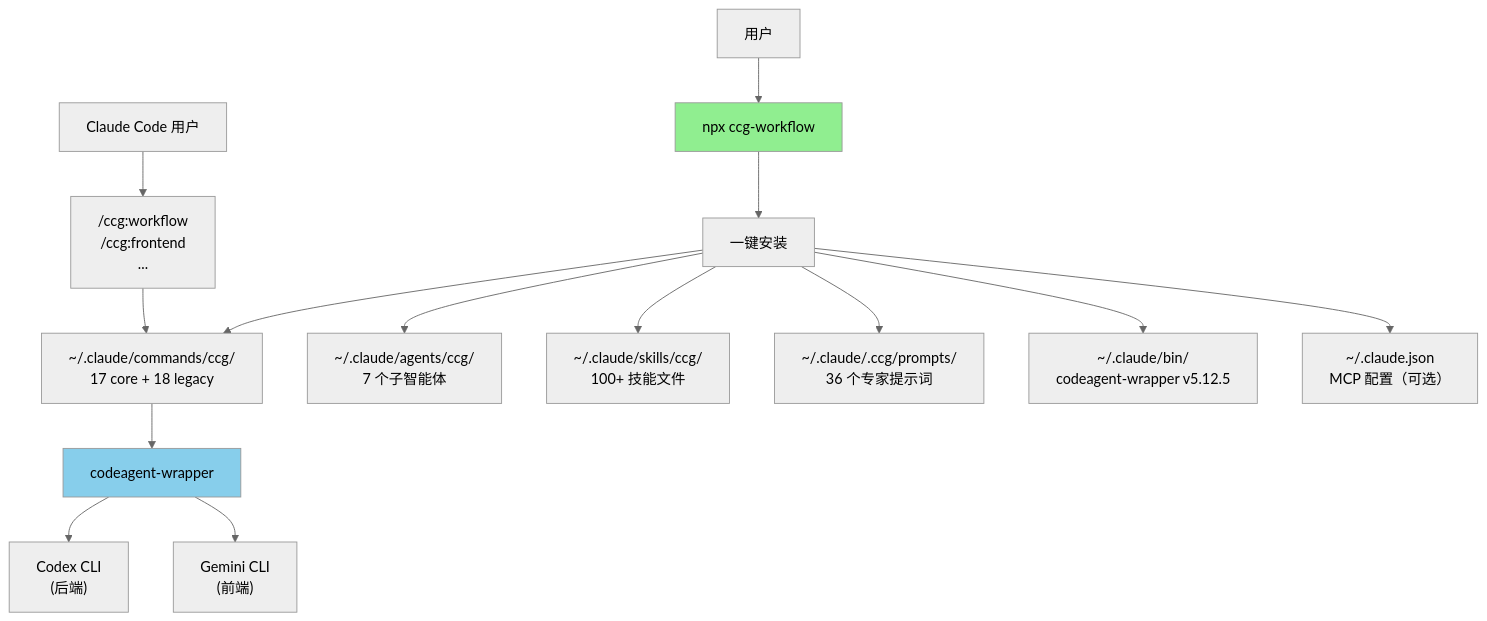
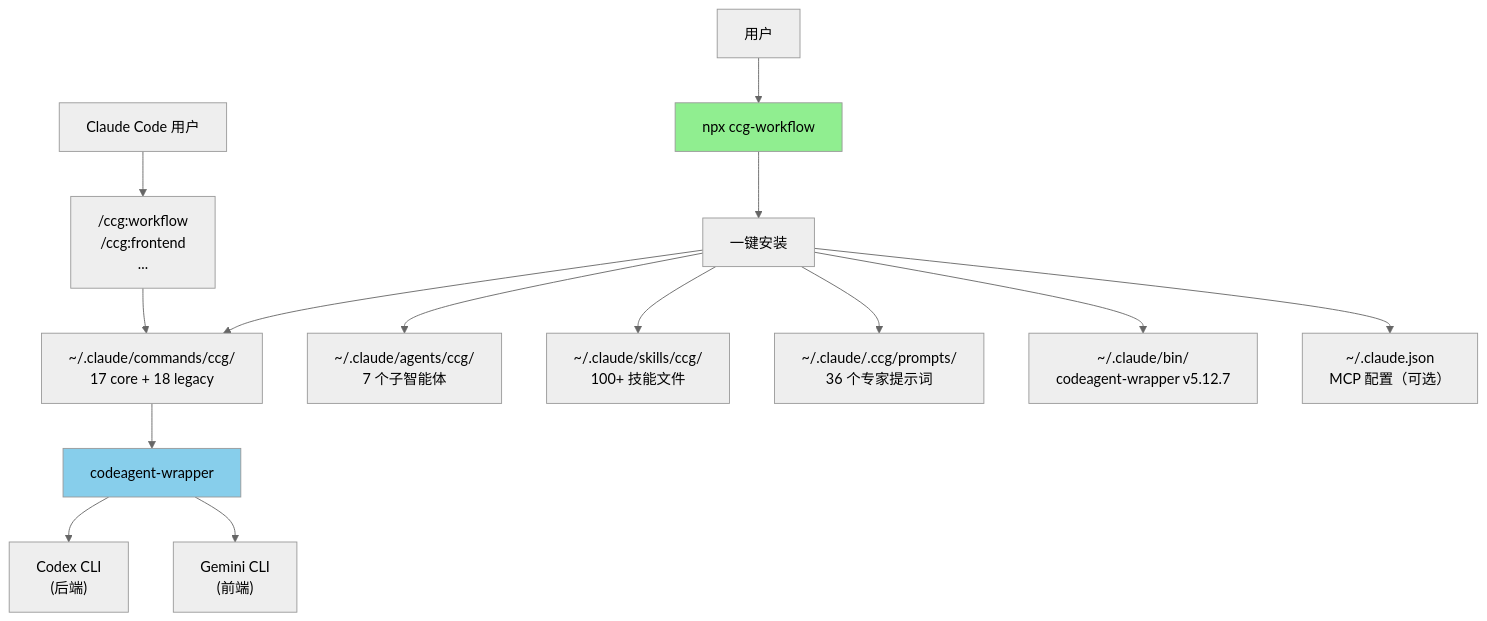
One commit to jed-zed/ccg-gptpro-worflow changed the diagram in CLAUDE.md. Above: the diagram before and after it, drawn with Mermaid (neutral theme). The commit also changed other lines of this file and 36 other files, not shown here.

````diff
--- a/CLAUDE.md
+++ b/CLAUDE.md
@@ -691,22 +695,22 @@
 ```mermaid
 graph TD
     User["用户"] --> CLI["npx ccg-workflow"]
     CLI --> Init["一键安装"]
 
     Init --> Commands["~/.claude/commands/ccg/<br/>17 core + 18 legacy"]
     Init --> Agents["~/.claude/agents/ccg/<br/>7 个子智能体"]
     Init --> Skills["~/.claude/skills/ccg/<br/>100+ 技能文件"]
     Init --> Prompts["~/.claude/.ccg/prompts/<br/>36 个专家提示词"]
-    Init --> Binary["~/.claude/bin/<br/>codeagent-wrapper v5.12.5"]
+    Init --> Binary["~/.claude/bin/<br/>codeagent-wrapper v5.12.7"]
     Init --> MCP["~/.claude.json<br/>MCP 配置（可选）"]
 
     User2["Claude Code 用户"] --> SlashCmd["/ccg:workflow<br/>/ccg:frontend<br/>..."]
     SlashCmd --> Commands
 
     Commands --> Wrapper["codeagent-wrapper"]
     Wrapper --> Codex["Codex CLI<br/>(后端)"]
     Wrapper --> Gemini["Gemini CLI<br/>(前端)"]
 
     style CLI fill:#90EE90
     style Wrapper fill:#87CEEB
 ```
````
